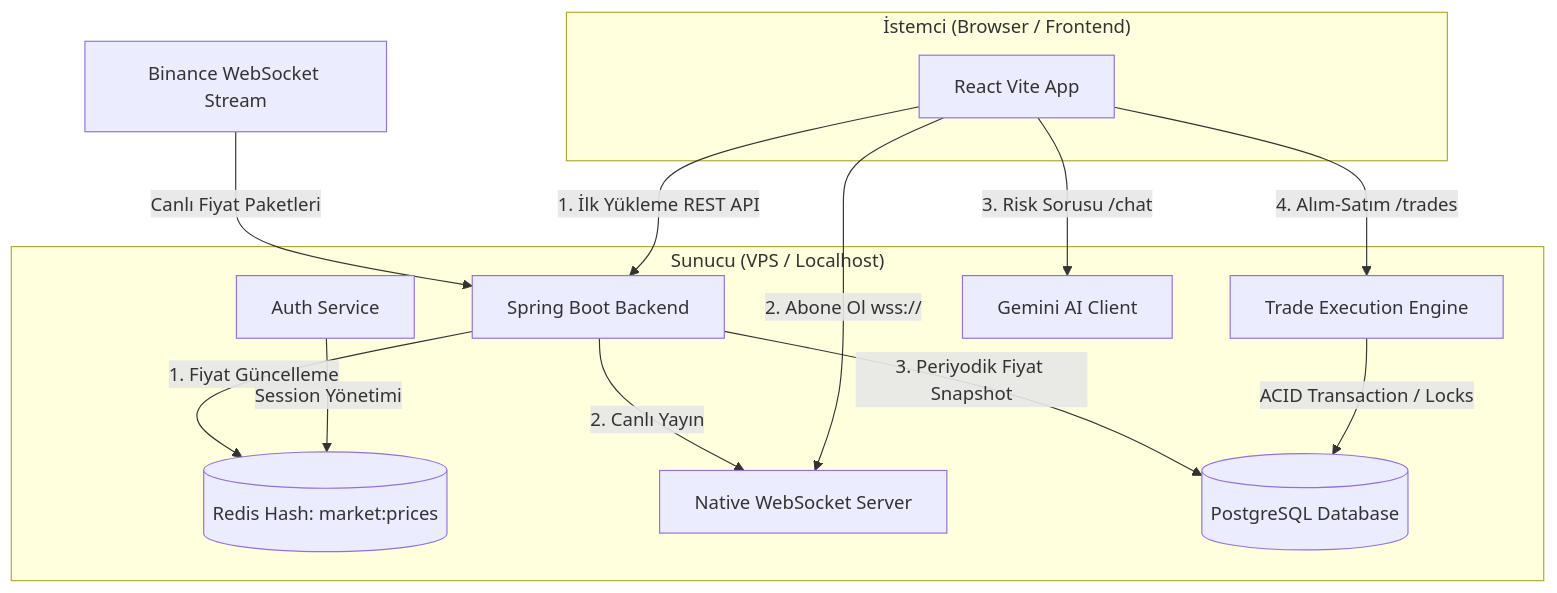
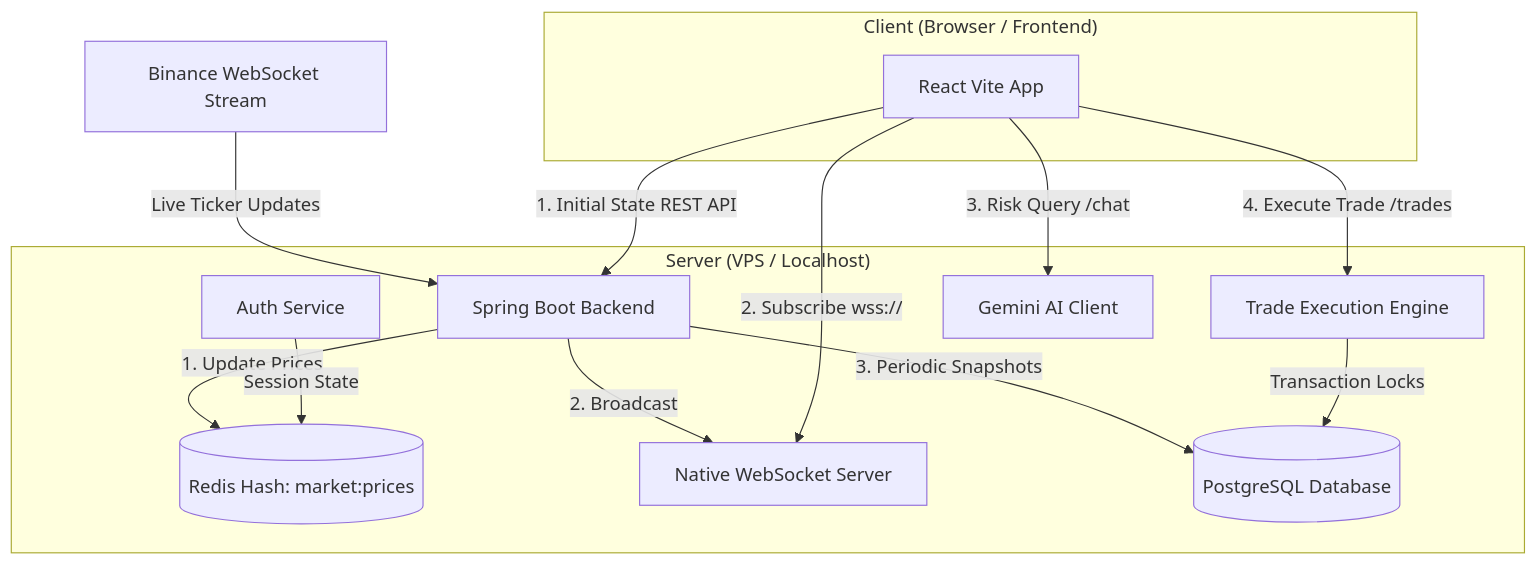
Before and after one commit to dkivrak/i2i-Systems-CryptFlow: the diagram in README.md, drawn with Mermaid. The commit also changed other lines of this file, not shown here.

````diff
--- a/README.md
+++ b/README.md
@@ -22,29 +22,24 @@
 ```mermaid
 graph TD
-    %% Veri Kaynakları
-    Binance[Binance WebSocket Stream] -- Canlı Fiyat Paketleri --> Backend[Spring Boot Backend]
+    Binance[Binance WebSocket Stream] -- Live Ticker Updates --> Backend[Spring Boot Backend]
     
-    %% Sunucu Katmanı
-    subgraph "Sunucu (VPS / Localhost)"
-        Backend -- 1. Fiyat Güncelleme --> Redis[(Redis Hash: market:prices)]
-        Backend -- 2. Canlı Yayın --> WS[Native WebSocket Server]
-        Backend -- 3. Periyodik Fiyat Snapshot --> DB[(PostgreSQL Database)]
+    subgraph "Server (VPS / Localhost)"
+        Backend -- 1. Update Prices --> Redis[(Redis Hash: market:prices)]
+        Backend -- 2. Broadcast --> WS[Native WebSocket Server]
+        Backend -- 3. Periodic Snapshots --> DB[(PostgreSQL Database)]
         
-        %% Servisler
         AuthService[Auth Service]
         TradeService[Trade Execution Engine]
         GeminiClient[Gemini AI Client]
     end
 
-    %% İstemci Katmanı
-    subgraph "İstemci (Browser / Frontend)"
-        Frontend[React Vite App] -- 1. İlk Yükleme REST API --> Backend
-        Frontend -- 2. Abone Ol wss:// --> WS
-        Frontend -- 3. Risk Sorusu /chat --> GeminiClient
-        Frontend -- 4. Alım-Satım /trades --> TradeService
+    subgraph "Client (Browser / Frontend)"
+        Frontend[React Vite App] -- 1. Initial State REST API --> Backend
+        Frontend -- 2. Subscribe wss:// --> WS
+        Frontend -- 3. Risk Query /chat --> GeminiClient
+        Frontend -- 4. Execute Trade /trades --> TradeService
     end
 
-    %% Kalıcı Depolama
-    TradeService -- ACID Transaction / Locks --> DB
-    AuthService -- Session Yönetimi --> Redis
+    TradeService -- Transaction Locks --> DB
+    AuthService -- Session State --> Redis
 ```
````
